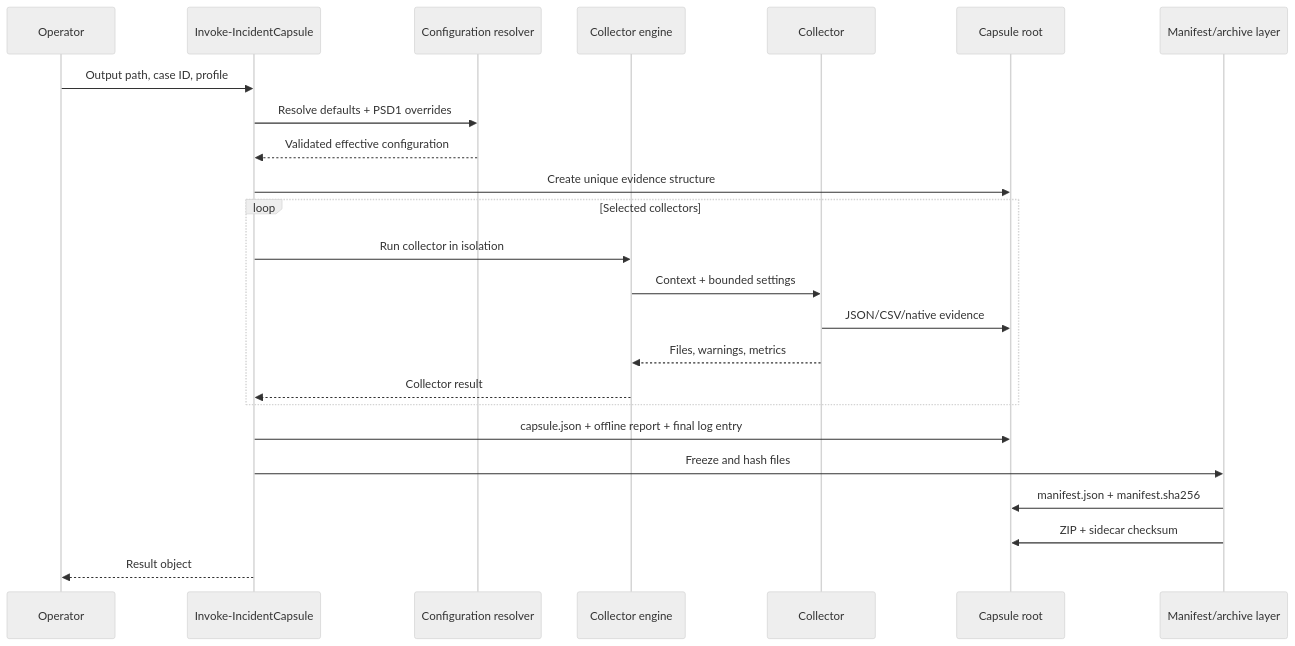
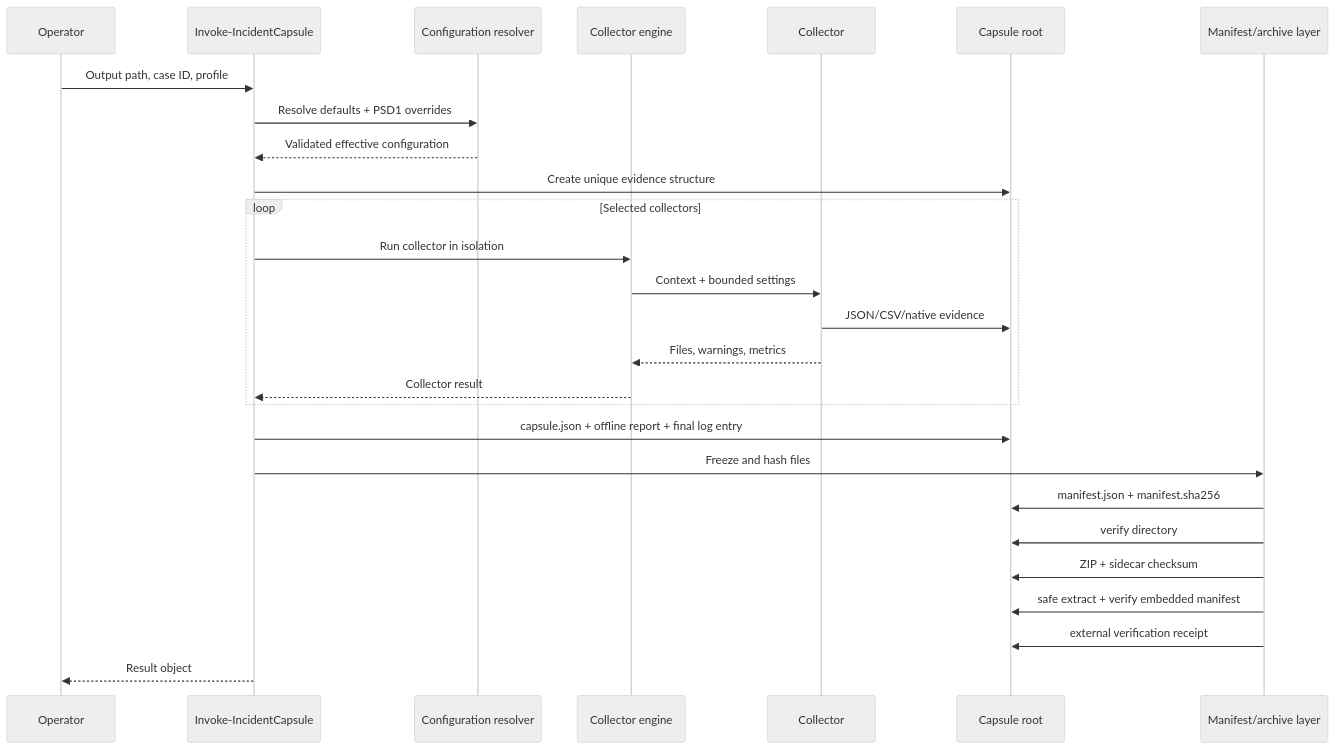
The diagram in docs/architecture.md (xGreeny/incident-capsule), drawn with Mermaid (neutral theme) before and after one commit. The commit also changed other lines of this file and 23 other files, not shown here.

````diff
--- a/docs/architecture.md
+++ b/docs/architecture.md
@@ -7,27 +7,30 @@
 ```mermaid
 sequenceDiagram
     participant Operator
     participant Invoke as Invoke-IncidentCapsule
     participant Config as Configuration resolver
     participant Engine as Collector engine
     participant Collector
     participant Disk as Capsule root
     participant Integrity as Manifest/archive layer
 
     Operator->>Invoke: Output path, case ID, profile
     Invoke->>Config: Resolve defaults + PSD1 overrides
     Config-->>Invoke: Validated effective configuration
     Invoke->>Disk: Create unique evidence structure
     loop Selected collectors
         Invoke->>Engine: Run collector in isolation
         Engine->>Collector: Context + bounded settings
         Collector->>Disk: JSON/CSV/native evidence
         Collector-->>Engine: Files, warnings, metrics
         Engine-->>Invoke: Collector result
     end
     Invoke->>Disk: capsule.json + offline report + final log entry
     Invoke->>Integrity: Freeze and hash files
     Integrity->>Disk: manifest.json + manifest.sha256
+    Integrity->>Disk: verify directory
     Integrity->>Disk: ZIP + sidecar checksum
+    Integrity->>Disk: safe extract + verify embedded manifest
+    Integrity->>Disk: external verification receipt
     Invoke-->>Operator: Result object
 ```
````
